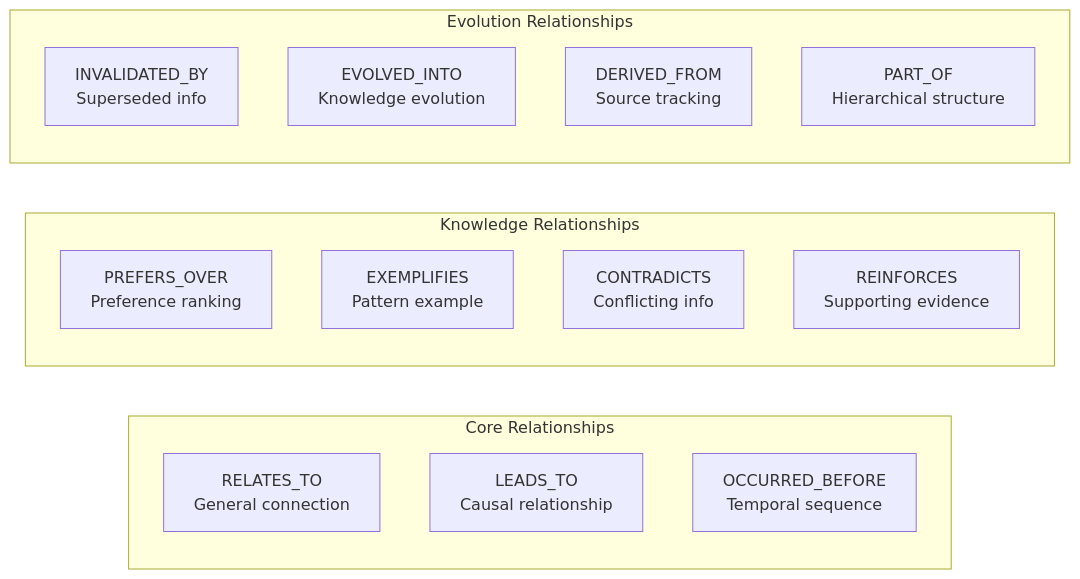
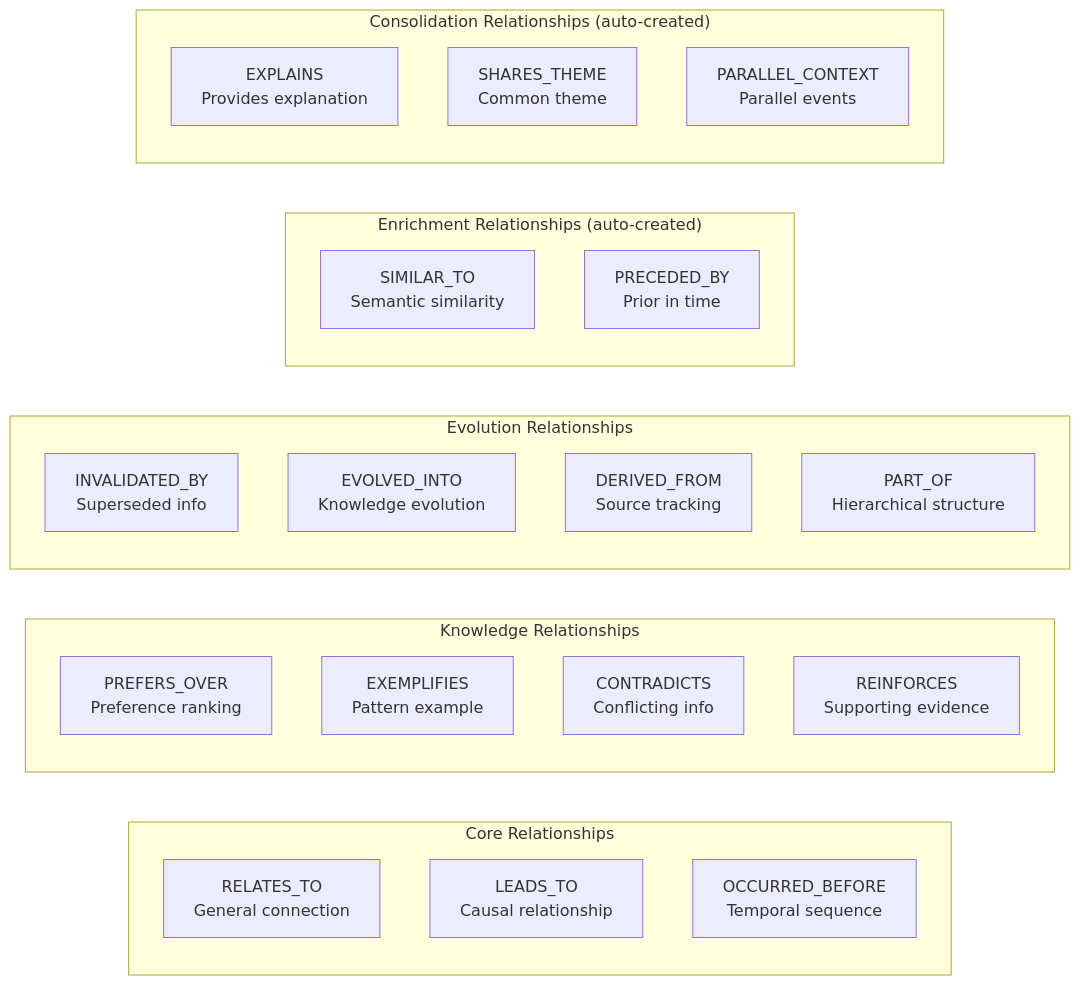
Before and after one commit to verygoodplugins/automem-website: the first of 4 diagrams in src/content/docs/docs/core-concepts/relationship-types.md, drawn with Mermaid. The commit also changed other lines of this file and 48 other files, not shown here.

````diff
--- a/src/content/docs/docs/core-concepts/relationship-types.md
+++ b/src/content/docs/docs/core-concepts/relationship-types.md
@@ -37,22 +37,33 @@
 ```mermaid
 graph LR
     subgraph "Core Relationships"
         RELATES_TO["RELATES_TO<br/>General connection"]
         LEADS_TO["LEADS_TO<br/>Causal relationship"]
         OCCURRED_BEFORE["OCCURRED_BEFORE<br/>Temporal sequence"]
     end
 
     subgraph "Knowledge Relationships"
         PREFERS_OVER["PREFERS_OVER<br/>Preference ranking"]
         EXEMPLIFIES["EXEMPLIFIES<br/>Pattern example"]
         CONTRADICTS["CONTRADICTS<br/>Conflicting info"]
         REINFORCES["REINFORCES<br/>Supporting evidence"]
     end
 
     subgraph "Evolution Relationships"
         INVALIDATED_BY["INVALIDATED_BY<br/>Superseded info"]
         EVOLVED_INTO["EVOLVED_INTO<br/>Knowledge evolution"]
         DERIVED_FROM["DERIVED_FROM<br/>Source tracking"]
         PART_OF["PART_OF<br/>Hierarchical structure"]
     end
+
+    subgraph "Enrichment Relationships (auto-created)"
+        SIMILAR_TO["SIMILAR_TO<br/>Semantic similarity"]
+        PRECEDED_BY["PRECEDED_BY<br/>Prior in time"]
+    end
+
+    subgraph "Consolidation Relationships (auto-created)"
+        EXPLAINS["EXPLAINS<br/>Provides explanation"]
+        SHARES_THEME["SHARES_THEME<br/>Common theme"]
+        PARALLEL_CONTEXT["PARALLEL_CONTEXT<br/>Parallel events"]
+    end
 ```
````
